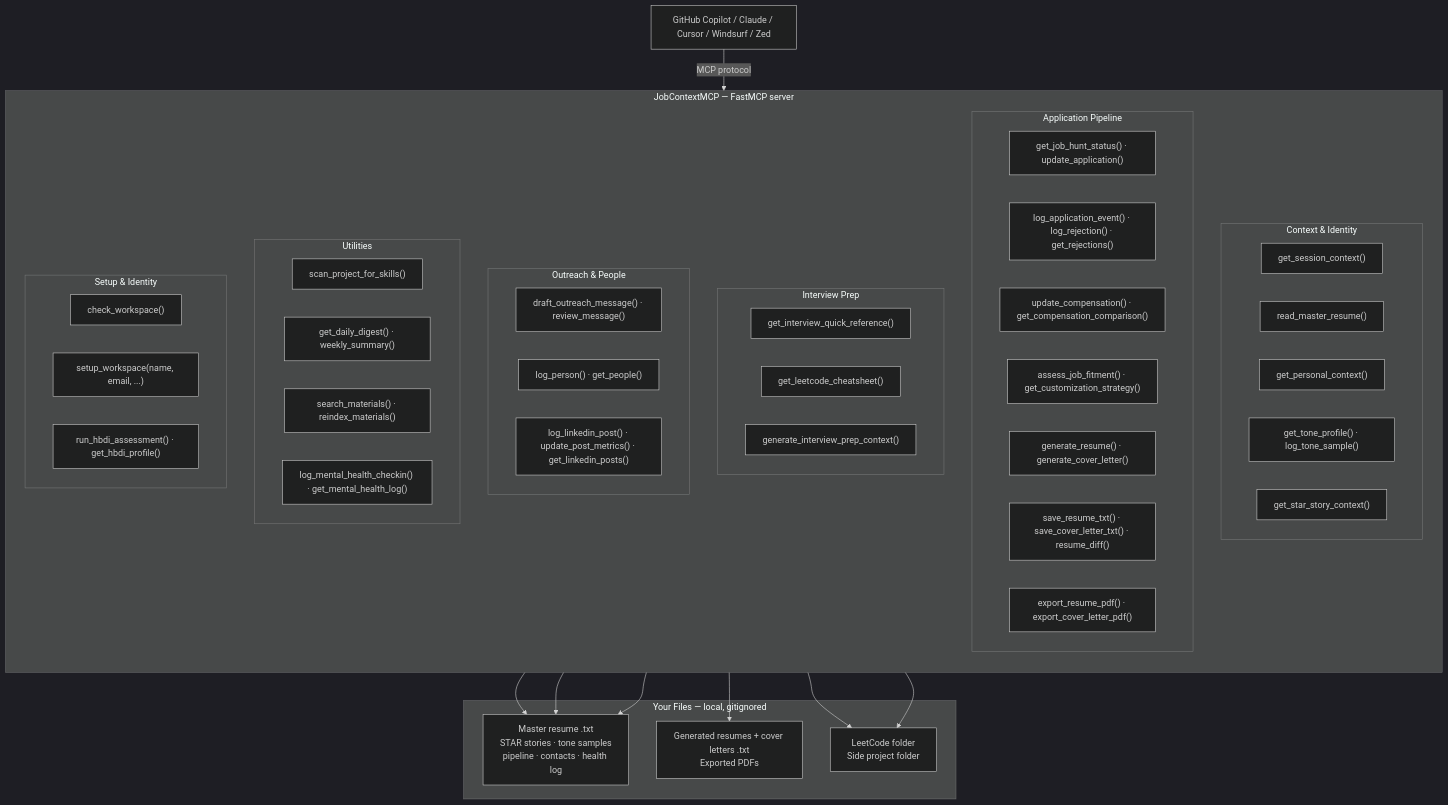
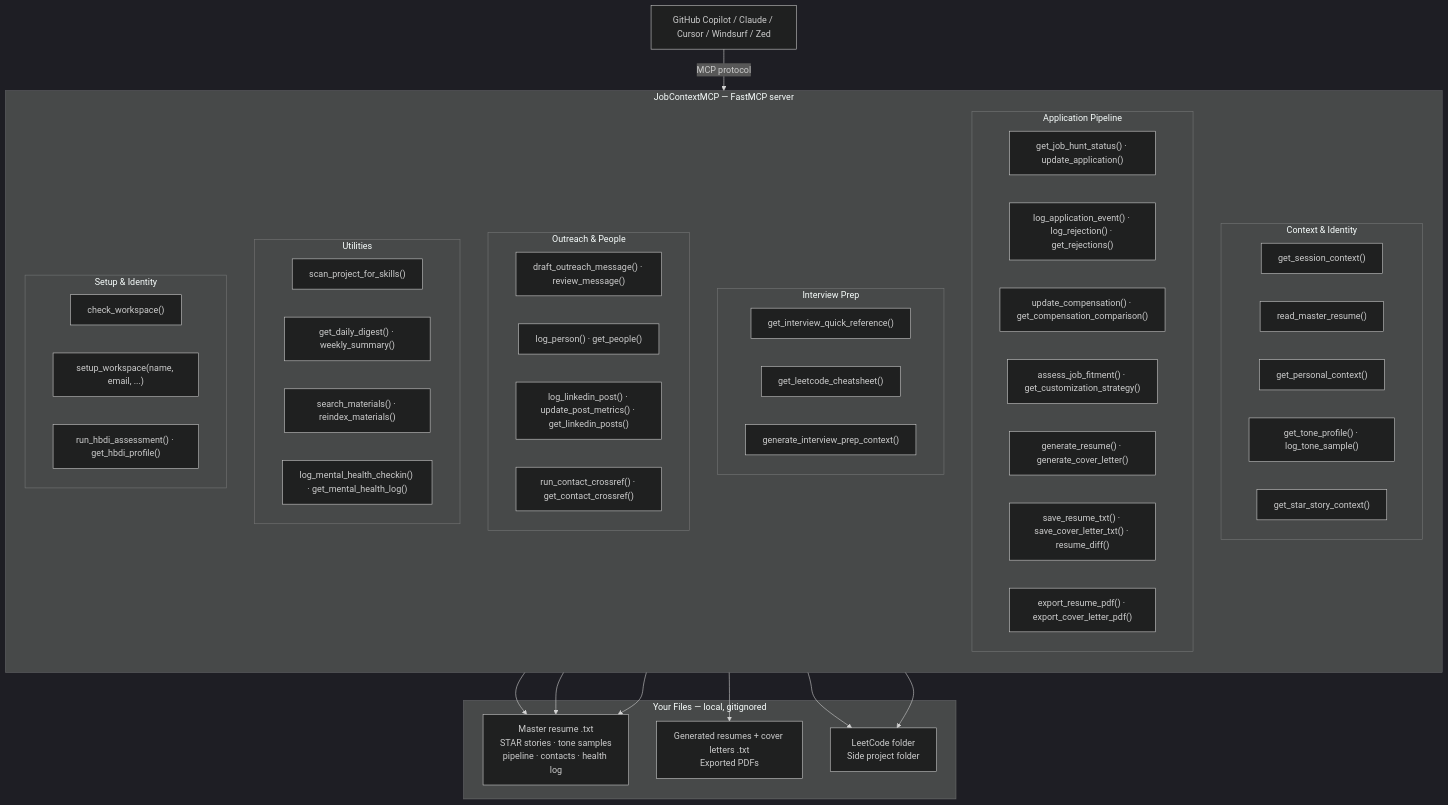
Before and after one commit to JustLikeFrank3/jobContextMCP: the first of 2 diagrams in README.md, drawn with Mermaid (dark theme). The commit also changed other lines of this file and 9 other files, not shown here.

First line of the commit message:
feat(crossref): multi-platform contact cross-reference (v0.6.3)

````diff
--- a/README.md
+++ b/README.md
@@ -39,66 +39,67 @@
 ```mermaid
 graph TB
     AI["GitHub Copilot / Claude / Cursor / Windsurf / Zed"]
 
     AI -->|MCP protocol| SERVER
 
     subgraph SERVER["JobContextMCP  —  FastMCP server"]
         direction TB
 
         subgraph CTX["Context & Identity"]
             T1["get_session_context()"]
             T2["read_master_resume()"]
             T3["get_personal_context()"]
             T4["get_tone_profile() · log_tone_sample()"]
             T5["get_star_story_context()"]
         end
 
         subgraph PIPELINE["Application Pipeline"]
             T6["get_job_hunt_status() · update_application()"]
             T6b["log_application_event() · log_rejection() · get_rejections()"]
             T6c["update_compensation() · get_compensation_comparison()"]
             T7["assess_job_fitment() · get_customization_strategy()"]
             T8["generate_resume() · generate_cover_letter()"]
             T9["save_resume_txt() · save_cover_letter_txt() · resume_diff()"]
             T10["export_resume_pdf() · export_cover_letter_pdf()"]
         end
 
         subgraph INTERVIEW["Interview Prep"]
             T11["get_interview_quick_reference()"]
             T12["get_leetcode_cheatsheet()"]
             T13["generate_interview_prep_context()"]
         end
 
         subgraph NETWORK["Outreach & People"]
             T14["draft_outreach_message() · review_message()"]
             T15["log_person() · get_people()"]
             T19["log_linkedin_post() · update_post_metrics() · get_linkedin_posts()"]
+            T23["run_contact_crossref() · get_contact_crossref()"]
         end
 
         subgraph UTIL["Utilities"]
             T16["scan_project_for_skills()"]
             T16b["get_daily_digest() · weekly_summary()"]
             T17["search_materials() · reindex_materials()"]
             T18["log_mental_health_checkin() · get_mental_health_log()"]
         end
 
         subgraph SETUP["Setup & Identity"]
             T20["check_workspace()"]
             T21["setup_workspace(name, email, ...)"]
             T22["run_hbdi_assessment() · get_hbdi_profile()"]
         end
     end
 
     subgraph FILES["Your Files  —  local, gitignored"]
         F1["Master resume .txt\nSTAR stories · tone samples\npipeline · contacts · health log"]
         F2["Generated resumes + cover letters .txt\nExported PDFs"]
         F3["LeetCode folder\nSide project folder"]
     end
 
     CTX --> F1
     PIPELINE --> F1
     PIPELINE --> F2
     INTERVIEW --> F3
     UTIL --> F3
     UTIL --> F1
 ```
````
